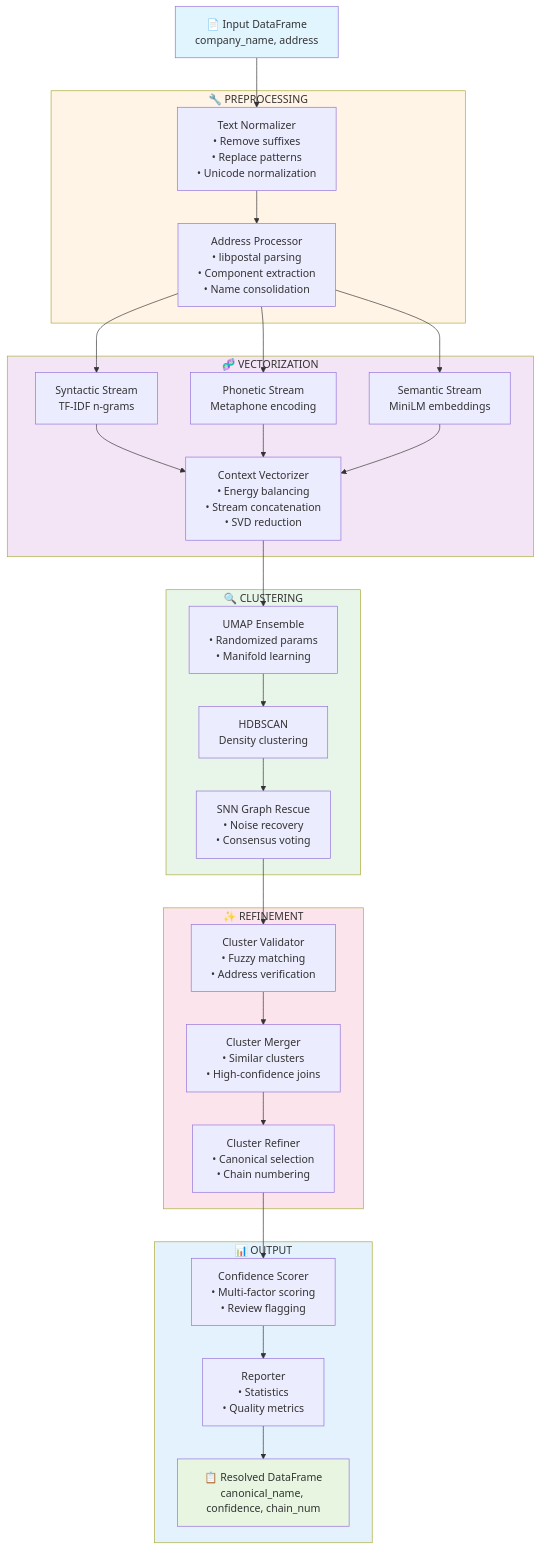
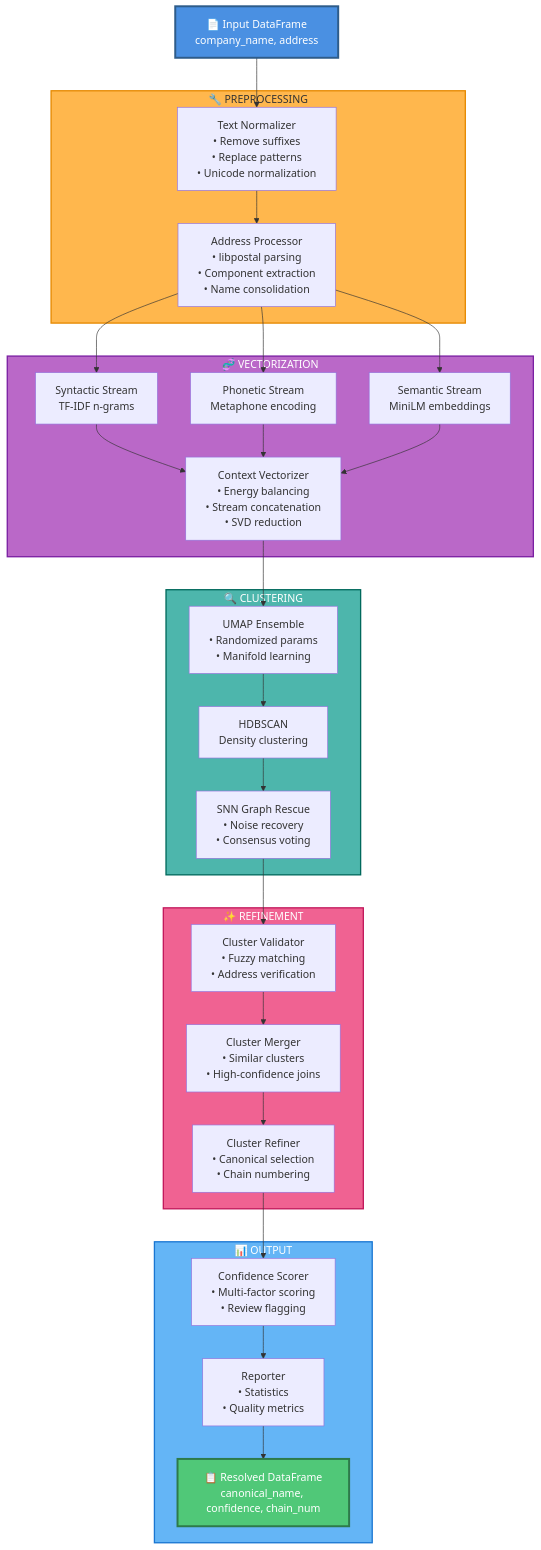
The diagram in README.md (andrewjordan3/entity-resolver), drawn with Mermaid before and after one commit. The commit also changed other lines of this file and 30 other files, not shown here.

Commit message:
Linting for code styling updates. Renamed the example config file. Changed formatting for the mermaid graph in the README.

````diff
--- a/README.md
+++ b/README.md
@@ -284,46 +284,46 @@
 ```mermaid
 graph TB
     Input[📄 Input DataFrame<br/>company_name, address] --> Normalizer
 
     subgraph Preprocessing["🔧 PREPROCESSING"]
         Normalizer[Text Normalizer<br/>• Remove suffixes<br/>• Replace patterns<br/>• Unicode normalization]
         AddressProc[Address Processor<br/>• libpostal parsing<br/>• Component extraction<br/>• Name consolidation]
         Normalizer --> AddressProc
     end
 
     subgraph Vectorization["🧬 VECTORIZATION"]
         AddressProc --> TfidfStream[Syntactic Stream<br/>TF-IDF n-grams]
         AddressProc --> PhoneticStream[Phonetic Stream<br/>Metaphone encoding]
         AddressProc --> SemanticStream[Semantic Stream<br/>MiniLM embeddings]
 
         TfidfStream --> ContextVec[Context Vectorizer<br/>• Energy balancing<br/>• Stream concatenation<br/>• SVD reduction]
         PhoneticStream --> ContextVec
         SemanticStream --> ContextVec
     end
 
     subgraph Clustering["🔍 CLUSTERING"]
         ContextVec --> UMAP[UMAP Ensemble<br/>• Randomized params<br/>• Manifold learning]
         UMAP --> HDBSCAN[HDBSCAN<br/>Density clustering]
         HDBSCAN --> SNN[SNN Graph Rescue<br/>• Noise recovery<br/>• Consensus voting]
     end
 
     subgraph Refinement["✨ REFINEMENT"]
         SNN --> Validator[Cluster Validator<br/>• Fuzzy matching<br/>• Address verification]
         Validator --> Merger[Cluster Merger<br/>• Similar clusters<br/>• High-confidence joins]
         Merger --> Refiner[Cluster Refiner<br/>• Canonical selection<br/>• Chain numbering]
     end
 
     subgraph Output["📊 OUTPUT"]
         Refiner --> Scorer[Confidence Scorer<br/>• Multi-factor scoring<br/>• Review flagging]
         Scorer --> Reporter[Reporter<br/>• Statistics<br/>• Quality metrics]
         Reporter --> Result[📋 Resolved DataFrame<br/>canonical_name, confidence, chain_num]
     end
 
-    style Input fill:#e1f5ff
-    style Result fill:#e7f5e1
-    style Preprocessing fill:#fff4e6
-    style Vectorization fill:#f3e5f5
-    style Clustering fill:#e8f5e9
-    style Refinement fill:#fce4ec
-    style Output fill:#e3f2fd
+    style Input fill:#4A90E2,stroke:#2E5C8A,stroke-width:3px,color:#fff
+    style Result fill:#50C878,stroke:#2D7A4A,stroke-width:3px,color:#fff
+    style Preprocessing fill:#FFB74D,stroke:#E68900,stroke-width:2px,color:#333
+    style Vectorization fill:#BA68C8,stroke:#7B1FA2,stroke-width:2px,color:#fff
+    style Clustering fill:#4DB6AC,stroke:#00695C,stroke-width:2px,color:#fff
+    style Refinement fill:#F06292,stroke:#C2185B,stroke-width:2px,color:#fff
+    style Output fill:#64B5F6,stroke:#1976D2,stroke-width:2px,color:#fff
 ```
````
